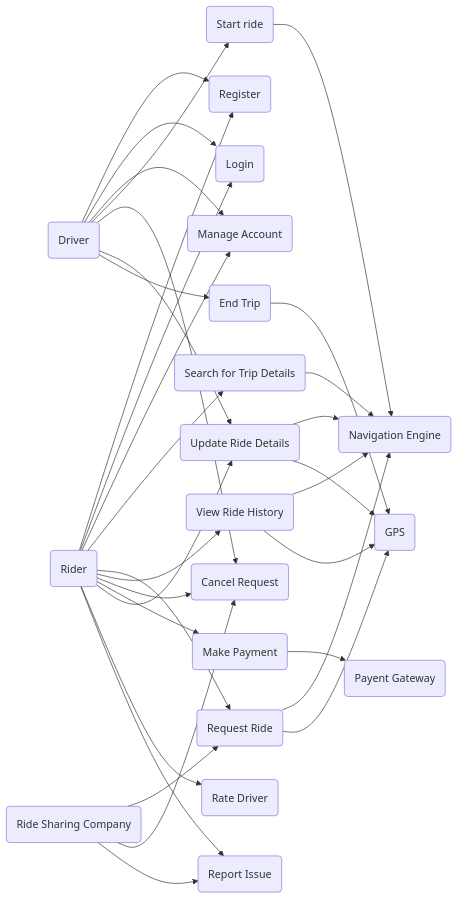
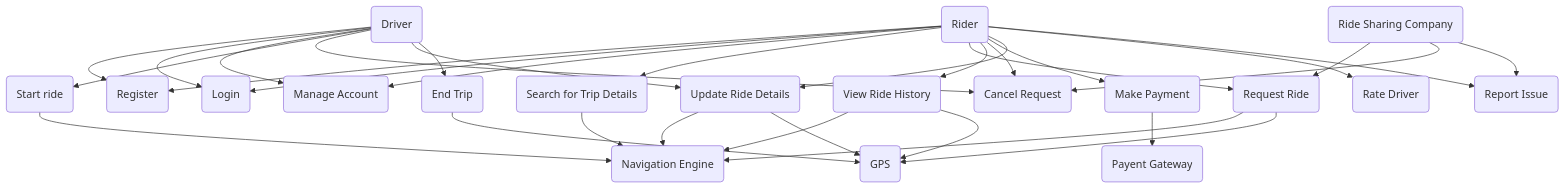
The third of 3 diagrams in README.md (vividblueprint/SE-RideSharingService-architecture), drawn with Mermaid before and after one commit.

````diff
--- a/README.md
+++ b/README.md
@@ -256,42 +256,42 @@
 ```mermaid
-graph LR
+graph TB
 Rd(Rider)
 Dv(Driver)
 Rsc(Ride Sharing Company)
 Nve(Navigation Engine)
 Gps(GPS)
 Pg(Payent Gateway)
 
 Rd --> A(Register)
 Dv --> A
 Rd --> B(Login)
 Dv --> B
 Rd --> C(Manage Account)
 Dv --> C
 Rd --> D(Search for Trip Details)
   D --> Nve
 Rd --> E(Request Ride)
 Rsc --> E
   E --> Nve
   E --> Gps
 Dv --> F(Start ride)
   F --> Nve
 Rd --> G(View Ride History)
   G --> Nve
   G --> Gps
 Rd --> H(Cancel Request)
 Dv --> H
 Rsc --> H
 Rd --> I(Make Payment)
   I --> Pg
 Rd --> J(Update Ride Details)
   J --> Nve
   J --> Gps
 Dv --> J
 Rd --> K(Rate Driver)
 Dv --> L(End Trip)
   L --> Gps
 Rd --> M(Report Issue)
 Rsc --> M
 
 ```
````
